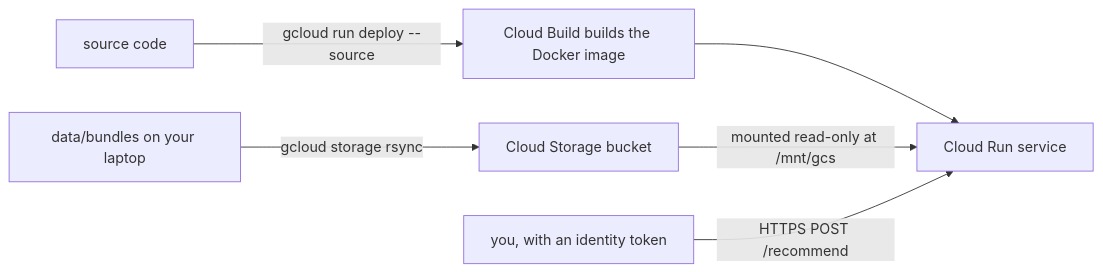
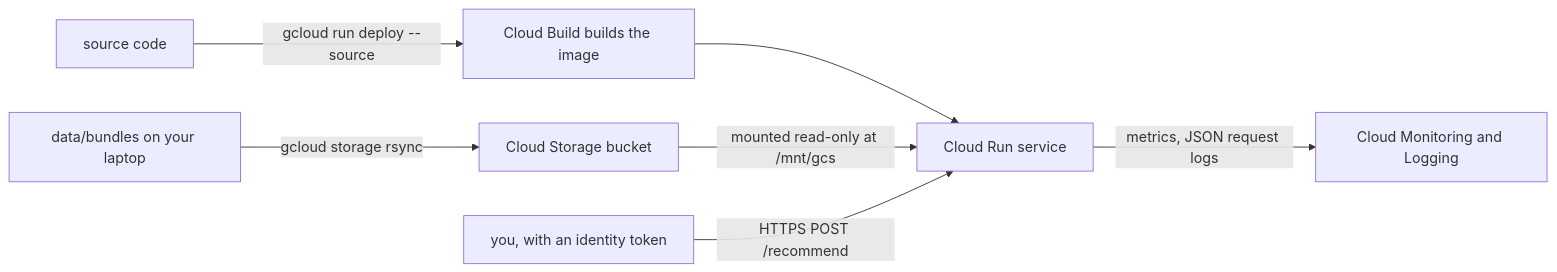
Before and after one commit to trunghieu11/recbench: the diagram in docs/start/deploy-cloud-run.md, drawn with Mermaid. The commit also changed other lines of this file and 16 other files, not shown here.

````diff
--- a/docs/start/deploy-cloud-run.md
+++ b/docs/start/deploy-cloud-run.md
@@ -9,8 +14,9 @@
 ```mermaid
 flowchart LR
     B[data/bundles on your laptop] -->|gcloud storage rsync| S[Cloud Storage bucket]
-    C[source code] -->|gcloud run deploy --source| CB[Cloud Build builds the Docker image]
+    C[source code] -->|gcloud run deploy --source| CB[Cloud Build builds the image]
     CB --> R[Cloud Run service]
     S -->|mounted read-only at /mnt/gcs| R
     U[you, with an identity token] -->|HTTPS POST /recommend| R
+    R -->|metrics, JSON request logs| M[Cloud Monitoring and Logging]
 ```
````
